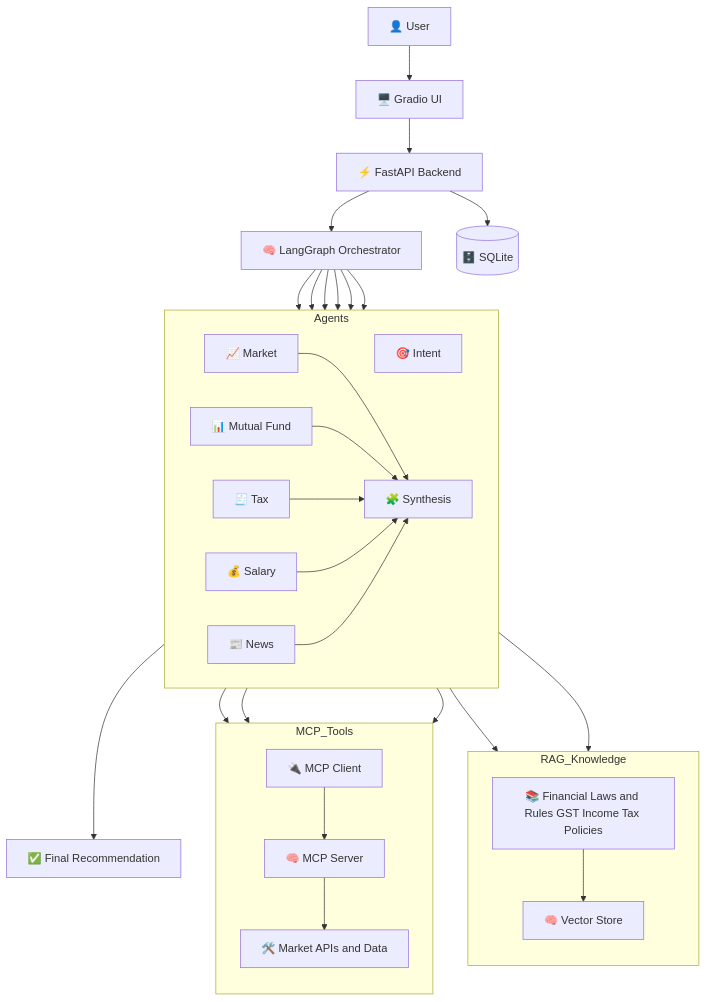
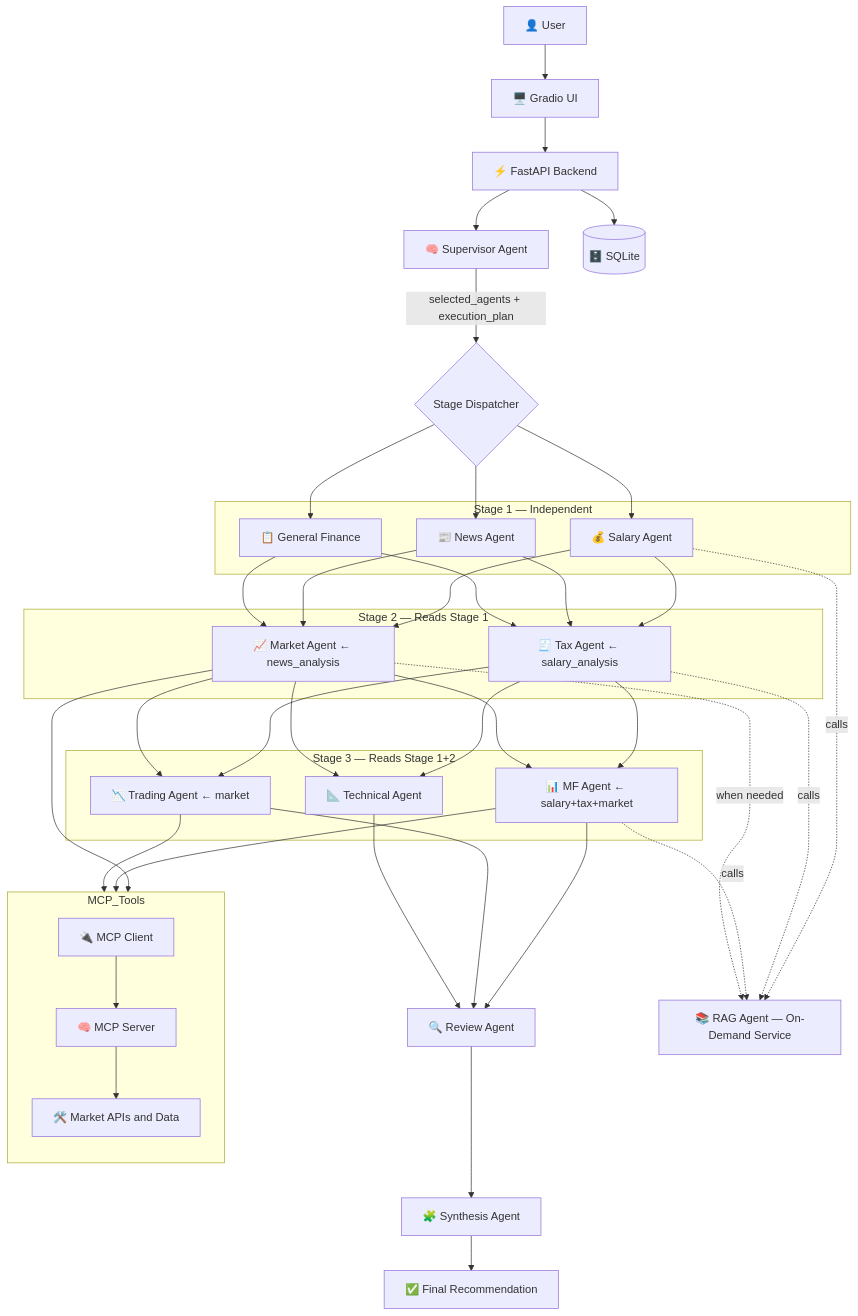
Before and after one commit to Kukilbharadwaj/FinSage-Multi-Agent-Financial-Intelligence-System: the diagram in README.md, drawn with Mermaid. The commit also changed other lines of this file and 16 other files, not shown here.

Commit message:
feat: implement multi-agent framework with specialized finance, market, and analysis modules

````diff
--- a/README.md
+++ b/README.md
@@ -23,65 +30,57 @@
 ```mermaid
-graph TB
-
-    %% USER FLOW
+graph TD
     User[👤 User] --> UI[🖥️ Gradio UI]
     UI --> API[⚡ FastAPI Backend]
-    API --> Orchestrator[🧠 LangGraph Orchestrator]
+    API --> Supervisor[🧠 Supervisor Agent]
 
-    %% AGENTS
-    subgraph Agents
-        direction LR
-        Intent[🎯 Intent]
-        Market[📈 Market]
-        MF[📊 Mutual Fund]
-        Tax[🧾 Tax]
-        Salary[💰 Salary]
-        News[📰 News]
-        Synthesis[🧩 Synthesis]
+    Supervisor -->|"selected_agents + execution_plan"| Dispatcher{Stage Dispatcher}
+
+    subgraph "Stage 1 — Independent"
+        Salary[💰 Salary Agent]
+        News[📰 News Agent]
+        GenFin[📋 General Finance]
     end
 
-    Orchestrator --> Intent
-    Orchestrator --> Market
-    Orchestrator --> MF
-    Orchestrator --> Tax
-    Orchestrator --> Salary
-    Orchestrator --> News
+    subgraph "Stage 2 — Reads Stage 1"
+        Tax["🧾 Tax Agent ← salary_analysis"]
+        Market["📈 Market Agent ← news_analysis"]
+    end
 
-    %% FLOW TO SYNTHESIS
-    Market --> Synthesis
-    MF --> Synthesis
-    Tax --> Synthesis
-    Salary --> Synthesis
-    News --> Synthesis
+    subgraph "Stage 3 — Reads Stage 1+2"
+        MF["📊 MF Agent ← salary+tax+market"]
+        Trading["📉 Trading Agent ← market"]
+        Technical["📐 Technical Agent"]
+    end
 
+    Dispatcher --> Salary & News & GenFin
+    Salary & News & GenFin --> Tax & Market
+    Tax & Market --> MF & Trading & Technical
+
+    MF & Trading & Technical --> Review[🔍 Review Agent]
+    Review --> Synthesis[🧩 Synthesis Agent]
     Synthesis --> Response[✅ Final Recommendation]
 
-    %% RAG (LAW + KNOWLEDGE)
-    subgraph RAG_Knowledge
-        direction TB
-        Docs[📚 Financial Laws and Rules GST Income Tax Policies]
-        VectorDB[🧠 Vector Store]
-    end
+    %% RAG ON-DEMAND
+    RAG[📚 RAG Agent — On-Demand Service]
+    Salary -.->|calls| RAG
+    Tax -.->|calls| RAG
+    MF -.->|calls| RAG
+    Market -.->|"when needed"| RAG
 
-    Tax --> Docs
-    Salary --> Docs
-    Docs --> VectorDB
-
-    %% MCP (REAL-TIME DATA)
+    %% MCP TOOLS
     subgraph MCP_Tools
         direction TB
         MCPClient[🔌 MCP Client]
         MCPServer[🧠 MCP Server]
         Tools[🛠️ Market APIs and Data]
     end
 
     Market --> MCPClient
     MF --> MCPClient
-    News --> MCPClient
-
+    Trading --> MCPClient
     MCPClient --> MCPServer
     MCPServer --> Tools
 
     %% STORAGE
     API --> DB[(🗄️ SQLite)]
 ```
````
